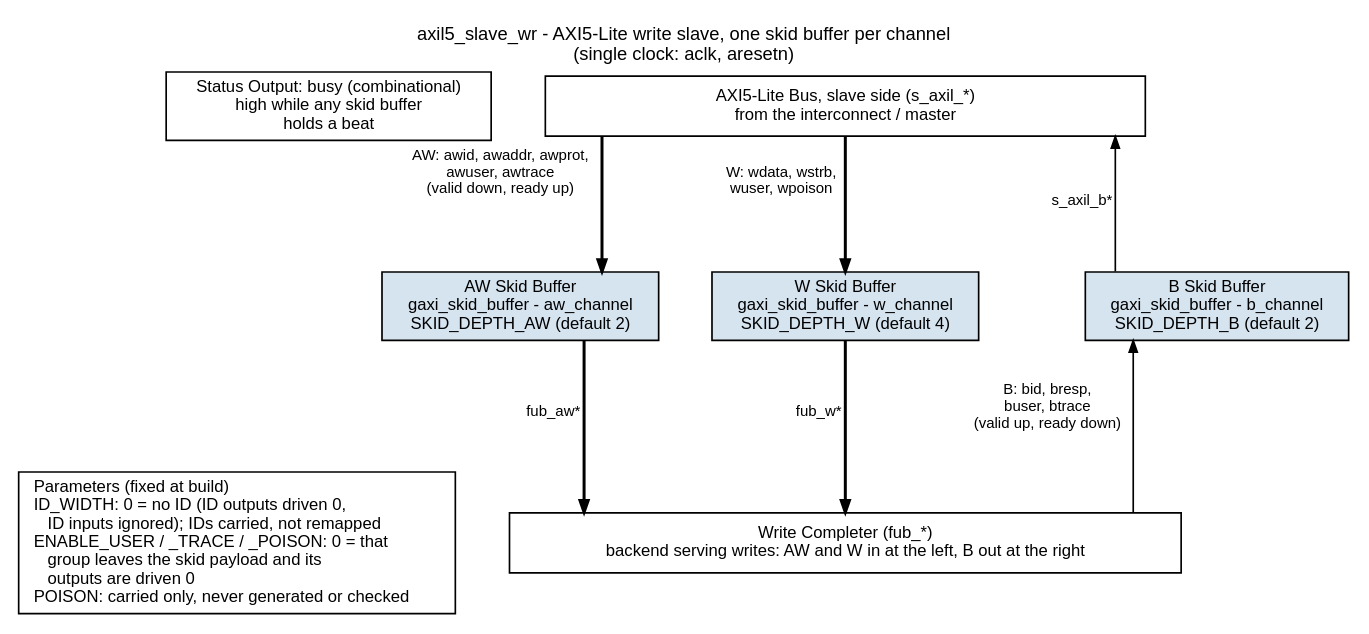
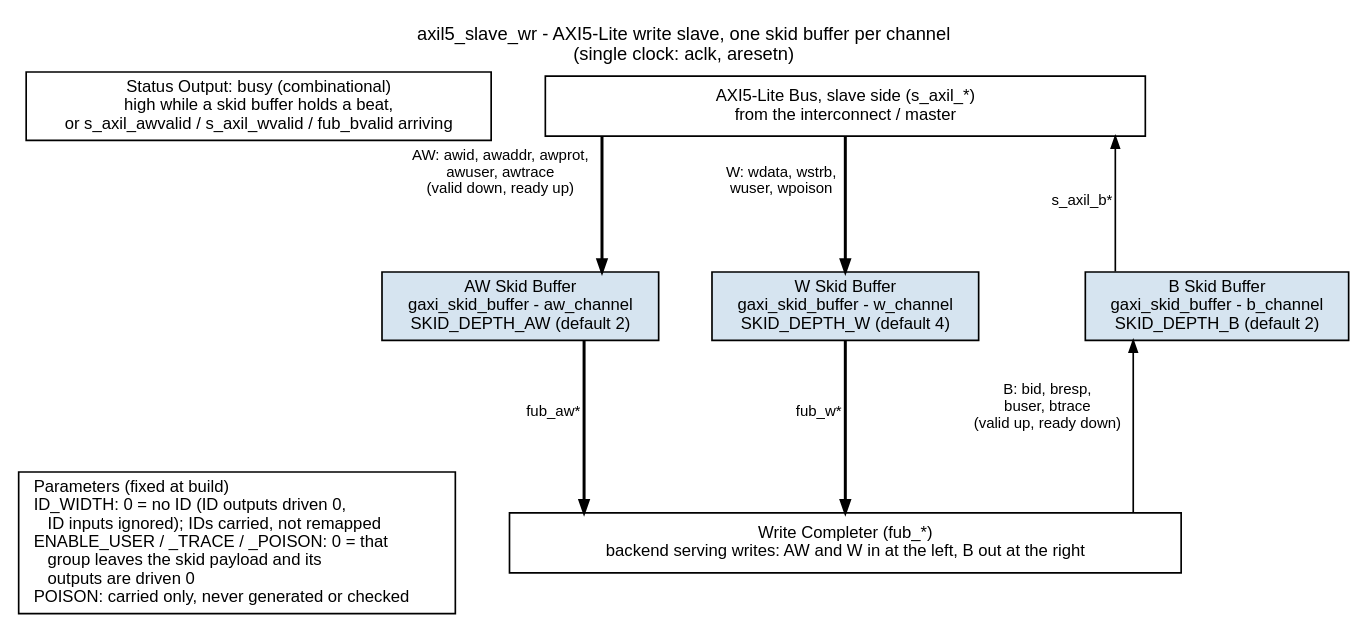
The diagram in docs/markdown/assets/rtl-amba/graphviz/axil5_slave_wr.dot (sean-galloway/RTLDesignSherpa), drawn with Graphviz before and after one commit. The commit also changed 291 other files, not shown here.

```diff
--- a/docs/markdown/assets/rtl-amba/graphviz/axil5_slave_wr.dot
+++ b/docs/markdown/assets/rtl-amba/graphviz/axil5_slave_wr.dot
@@ -1,38 +1,38 @@
 // axil5_slave_wr block diagram - house style (vault/handbook/authoring/block-diagrams.md).
 // Generated from the axil4 family template so axil4 and axil5 bases look alike.
 // The requester side is the top port, the completer side the bottom bar.
 // Requests run top-down through their skid buffers; the response climbs its own
 // lane on the right. Each hop is one edge: valid + payload one way, ready the other.
 // AXI5-Lite adds carried fields only (ID, USER, TRACE, POISON) -- see the legend.
 // Source of truth: rtl/amba/axil5/axil5_slave_wr.sv.
 digraph axil5_slave_wr {
     graph [rankdir=TB, bgcolor="white", fontname="Helvetica", fontsize=11,
            nodesep="0.45", ranksep="1.1", splines=ortho, newrank=true,
            label="axil5_slave_wr - AXI5-Lite write slave, one skid buffer per channel\n(single clock: aclk, aresetn)",
            labelloc=t, labeljust=c];
     node  [fontname="Helvetica", fontsize=10, shape=box, style=filled,
            fillcolor="#D6E4F0", color="black", margin="0.12,0.06"];
     edge  [fontname="Helvetica", fontsize=9, color="black", arrowsize=0.7];
 
     prm  [label="Parameters (fixed at build)\lID_WIDTH: 0 = no ID (ID outputs driven 0,\l    ID inputs ignored); IDs carried, not remapped\lENABLE_USER / _TRACE / _POISON: 0 = that\l    group leaves the skid payload and its\l    outputs are driven 0\lPOISON: carried only, never generated or checked\l", fillcolor="white"];
     top  [label="AXI5-Lite Bus, slave side (s_axil_*)\nfrom the interconnect / master", fillcolor="white", width=5.0];
     aw   [label="AW Skid Buffer\ngaxi_skid_buffer - aw_channel\nSKID_DEPTH_AW (default 2)"];
     w    [label="W Skid Buffer\ngaxi_skid_buffer - w_channel\nSKID_DEPTH_W (default 4)"];
     b    [label="B Skid Buffer\ngaxi_skid_buffer - b_channel\nSKID_DEPTH_B (default 2)"];
-    busyo [label="Status Output: busy (combinational)\nhigh while any skid buffer\nholds a beat", fillcolor="white"];
+    busyo [label="Status Output: busy (combinational)\nhigh while a skid buffer holds a beat,\nor s_axil_awvalid / s_axil_wvalid / fub_bvalid arriving", fillcolor="white"];
     bot  [label="Write Completer (fub_*)\nbackend serving writes: AW and W in at the left, B out at the right", fillcolor="white", width=5.6];
 
     top -> aw  [xlabel="AW: awid, awaddr, awprot,\nawuser, awtrace\n(valid down, ready up)", penwidth=1.8];
     aw  -> bot [xlabel="fub_aw*", penwidth=1.8];
     top -> w   [xlabel="W: wdata, wstrb,\nwuser, wpoison", penwidth=1.8];
     w   -> bot [xlabel="fub_w*", penwidth=1.8];
     b   -> bot [dir=back, xlabel="B: bid, bresp,\nbuser, btrace\n(valid up, ready down)"];
     top -> b   [dir=back, xlabel="s_axil_b*"];
 
     { rank=same; aw; w; b; }
     aw -> w [style=invis]; w -> b [style=invis, minlen=2];
     { rank=same; busyo; top; }
     busyo -> top [style=invis];
     { rank=same; prm; bot; }
     prm -> bot [style=invis];
 }
```
